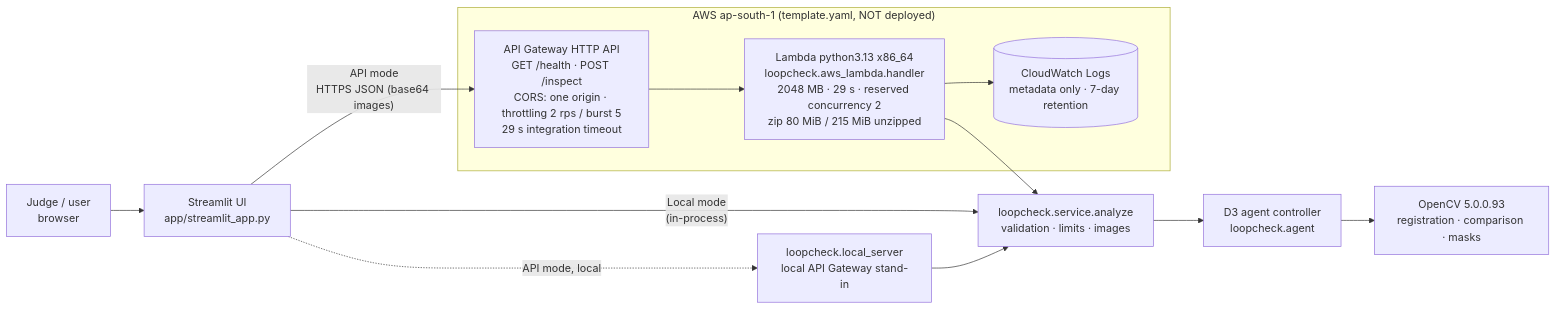
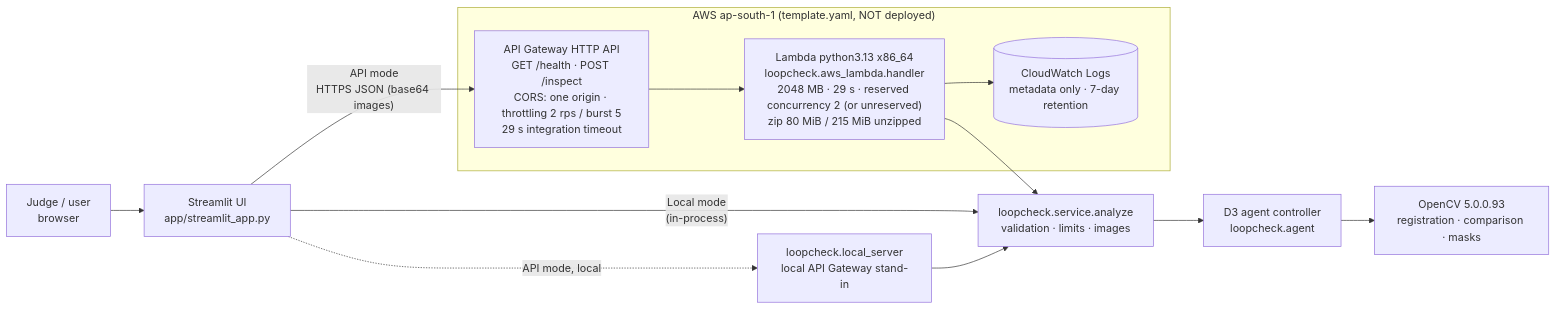
Before and after one commit to arnavgupta2004/Loopcheck: the diagram in docs/d4_demo_and_deployment.md, drawn with Mermaid. The commit also changed other lines of this file and 5 other files, not shown here.

````diff
--- a/docs/d4_demo_and_deployment.md
+++ b/docs/d4_demo_and_deployment.md
@@ -14,16 +14,16 @@
 ```mermaid
 flowchart LR
     U[Judge / user<br/>browser] --> S[Streamlit UI<br/>app/streamlit_app.py]
     S -- "Local mode<br/>(in-process)" --> SV
     S -- "API mode<br/>HTTPS JSON (base64 images)" --> AG
     subgraph AWS["AWS ap-south-1 (template.yaml, NOT deployed)"]
         AG[API Gateway HTTP API<br/>GET /health · POST /inspect<br/>CORS: one origin · throttling 2 rps / burst 5<br/>29 s integration timeout]
-        AG --> L["Lambda python3.13 x86_64<br/>loopcheck.aws_lambda.handler<br/>2048 MB · 29 s · reserved concurrency 2<br/>zip 80 MiB / 215 MiB unzipped"]
+        AG --> L["Lambda python3.13 x86_64<br/>loopcheck.aws_lambda.handler<br/>2048 MB · 29 s · reserved concurrency 2 (or unreserved)<br/>zip 80 MiB / 215 MiB unzipped"]
         L --> CW[(CloudWatch Logs<br/>metadata only · 7-day retention)]
     end
     L --> SV
     LS[loopcheck.local_server<br/>local API Gateway stand-in] --> SV
     S -. "API mode, local" .-> LS
     SV[loopcheck.service.analyze<br/>validation · limits · images] --> AC[D3 agent controller<br/>loopcheck.agent]
     AC --> CV[OpenCV 5.0.0.93<br/>registration · comparison · masks]
 ```
````
